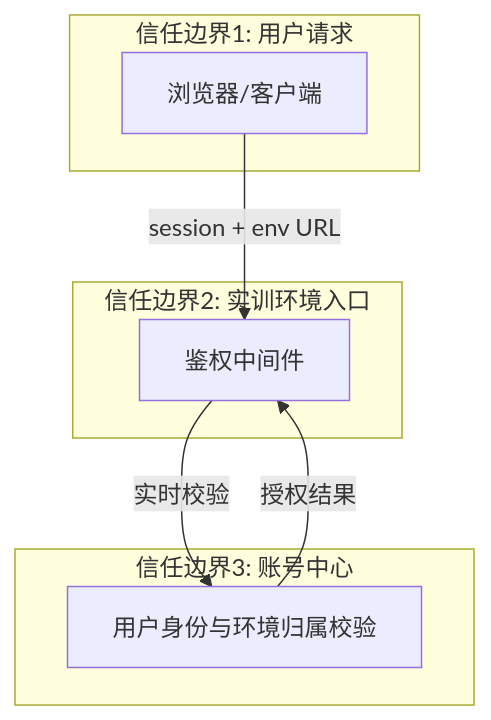
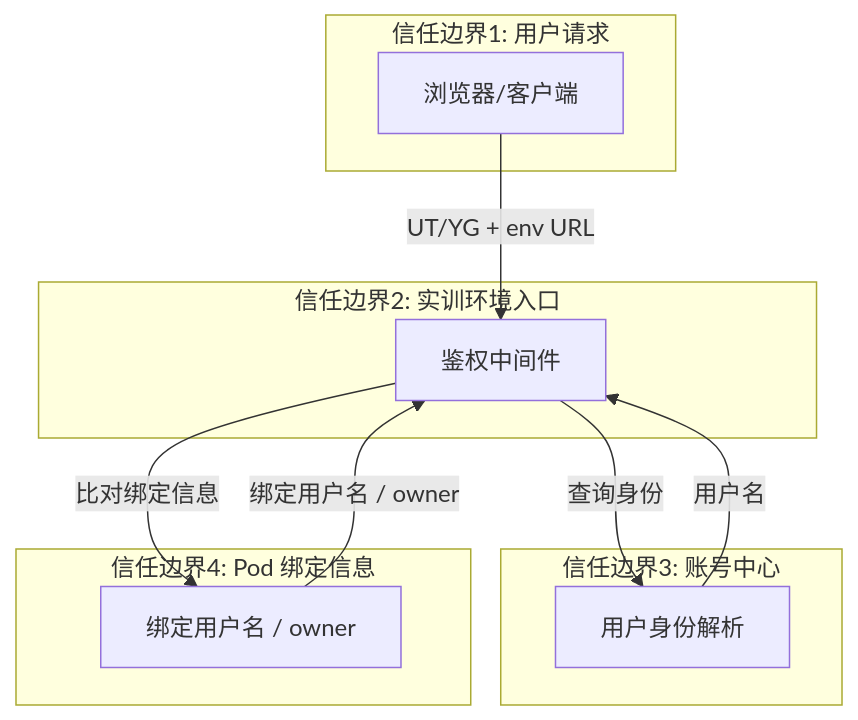
Before and after one commit to GeorgeCao-hw/backlog-test: the third of 3 diagrams in opensourceways/backlog/issue_docs/151/Architecture Desgin/#151 Architecture Design Specification.md, drawn with Mermaid. The commit also changed other lines of this file and 1 other file, not shown here.

````diff
--- a/opensourceways/backlog/issue_docs/151/Architecture Desgin/#151 Architecture Design Specification.md
+++ b/opensourceways/backlog/issue_docs/151/Architecture Desgin/#151 Architecture Design Specification.md
@@ -111,15 +115,20 @@
 ```mermaid
 flowchart TB
     subgraph T1[信任边界1: 用户请求]
         U[浏览器/客户端]
     end
     subgraph T2[信任边界2: 实训环境入口]
         G[鉴权中间件]
     end
     subgraph T3[信任边界3: 账号中心]
-        C[用户身份与环境归属校验]
+        C[用户身份解析]
     end
-    U -->|session + env URL| G
-    G -->|实时校验| C
-    C -->|授权结果| G
+    subgraph T4[信任边界4: Pod 绑定信息]
+        P[绑定用户名 / owner]
+    end
+    U -->|UT/YG + env URL| G
+    G -->|查询身份| C
+    C -->|用户名| G
+    G -->|比对绑定信息| P
+    P -->|绑定用户名 / owner| G
 ```
````
